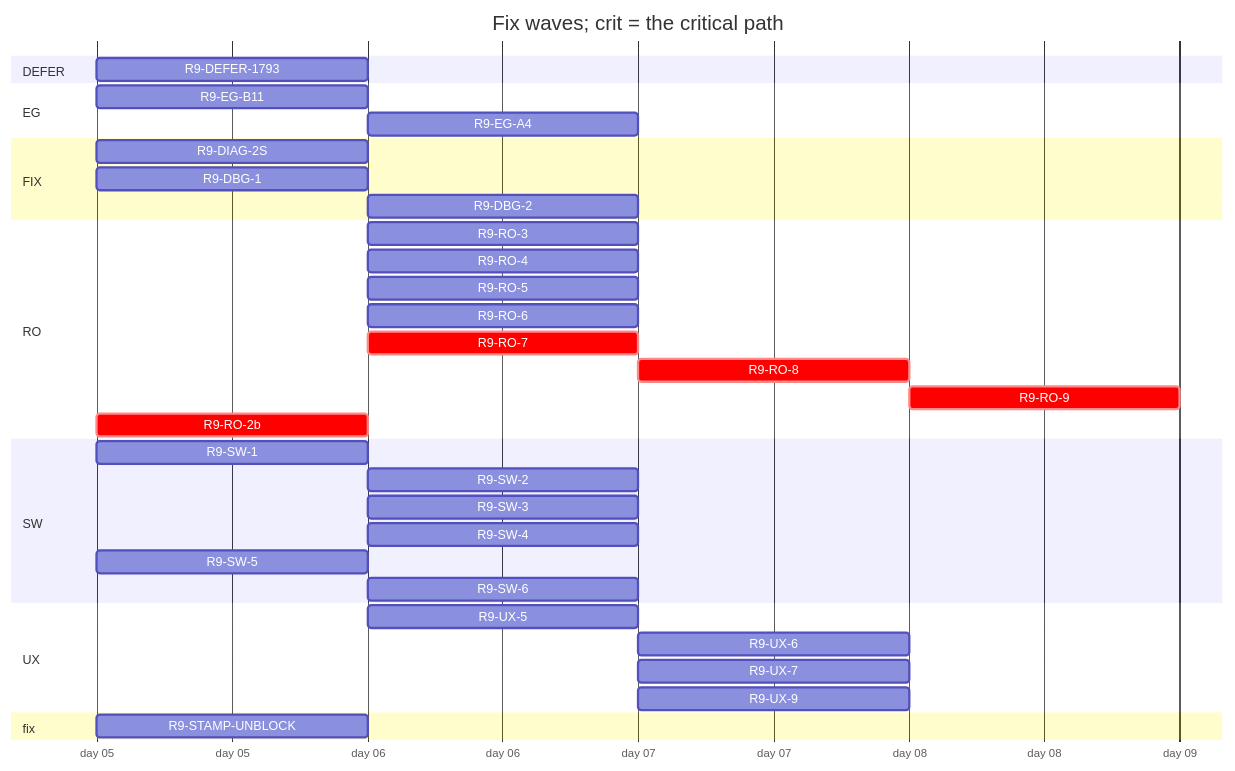
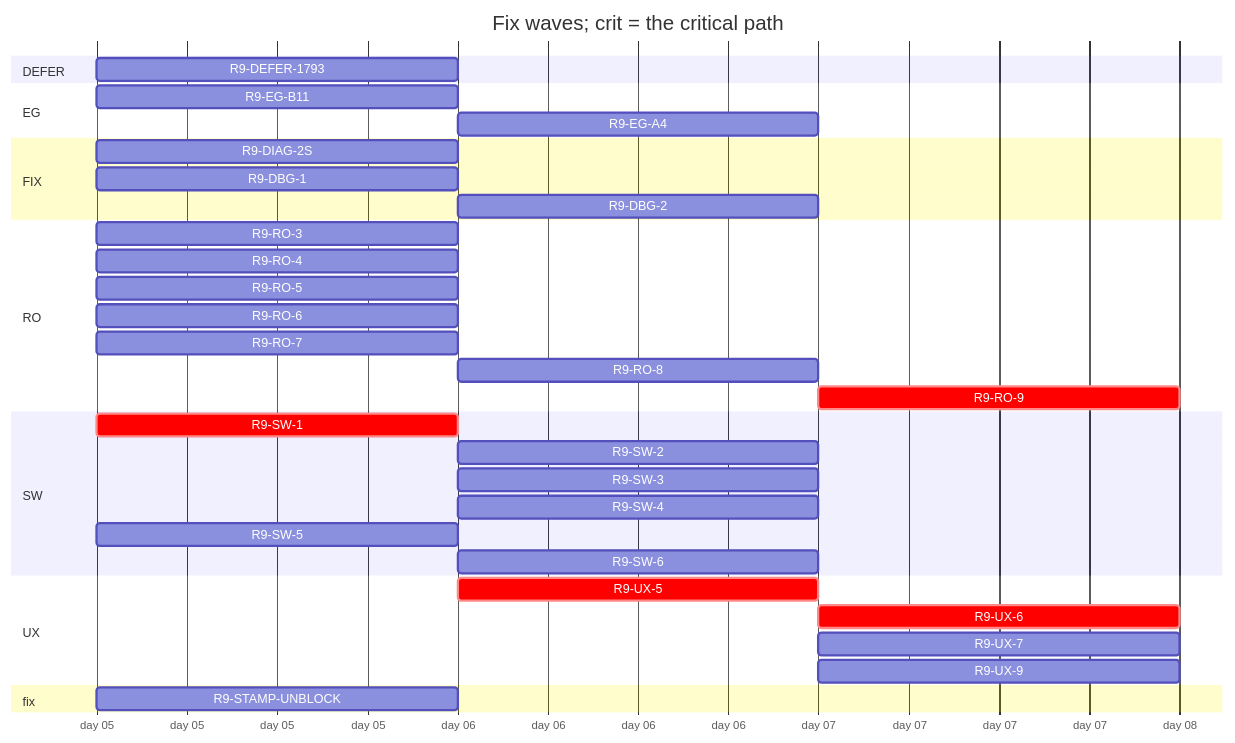
One commit to tvofi/heatpump_optimizer changed the diagram in handoff/round9/state/PLAN-TABLE.md. Above: the diagram before and after it, drawn with Mermaid. The commit also changed other lines of this file and 2 other files, not shown here.

````diff
--- a/handoff/round9/state/PLAN-TABLE.md
+++ b/handoff/round9/state/PLAN-TABLE.md
@@ -20,38 +20,37 @@
 ```mermaid
 gantt
   title Fix waves; crit = the critical path
   dateFormat YYYY-MM-DD
   axisFormat day %d
   section DEFER
     R9-DEFER-1793 :r9DEFER1793, 2026-01-05, 1d
   section EG
     R9-EG-B11 :r9EGB11, 2026-01-05, 1d
     R9-EG-A4 :r9EGA4, after r9EGB11, 1d
   section FIX
     R9-DIAG-2S :r9DIAG2S, 2026-01-05, 1d
     R9-DBG-1 :r9DBG1, 2026-01-05, 1d
     R9-DBG-2 :r9DBG2, after r9DBG1, 1d
   section RO
-    R9-RO-3 :r9RO3, after r9RO2b, 1d
-    R9-RO-4 :r9RO4, after r9RO2b, 1d
-    R9-RO-5 :r9RO5, after r9RO2b, 1d
-    R9-RO-6 :r9RO6, after r9RO2b, 1d
-    R9-RO-7 :crit, r9RO7, after r9RO2b, 1d
-    R9-RO-8 :crit, r9RO8, after r9RO2b r9RO7, 1d
+    R9-RO-3 :r9RO3, 2026-01-05, 1d
+    R9-RO-4 :r9RO4, 2026-01-05, 1d
+    R9-RO-5 :r9RO5, 2026-01-05, 1d
+    R9-RO-6 :r9RO6, 2026-01-05, 1d
+    R9-RO-7 :r9RO7, 2026-01-05, 1d
+    R9-RO-8 :r9RO8, after r9RO7, 1d
     R9-RO-9 :crit, r9RO9, after r9RO3 r9RO4 r9RO5 r9RO6 r9RO8 r9EGA4 r9SW4 r9UX5 r9UX6 r9UX7, 1d
-    R9-RO-2b :crit, r9RO2b, 2026-01-05, 1d
   section SW
-    R9-SW-1 :r9SW1, 2026-01-05, 1d
+    R9-SW-1 :crit, r9SW1, 2026-01-05, 1d
     R9-SW-2 :r9SW2, after r9SW1, 1d
     R9-SW-3 :r9SW3, after r9SW1, 1d
     R9-SW-4 :r9SW4, after r9SW1, 1d
     R9-SW-5 :r9SW5, 2026-01-05, 1d
     R9-SW-6 :r9SW6, after r9SW1, 1d
   section UX
-    R9-UX-5 :r9UX5, after r9SW1, 1d
-    R9-UX-6 :r9UX6, after r9EGB11 r9UX5, 1d
+    R9-UX-5 :crit, r9UX5, after r9SW1, 1d
+    R9-UX-6 :crit, r9UX6, after r9EGB11 r9UX5, 1d
     R9-UX-7 :r9UX7, after r9EGB11 r9UX5, 1d
     R9-UX-9 :r9UX9, after r9SW6, 1d
   section fix
     R9-STAMP-UNBLOCK :r9STAMPUNBLOCK, 2026-01-05, 1d
 ```
````
